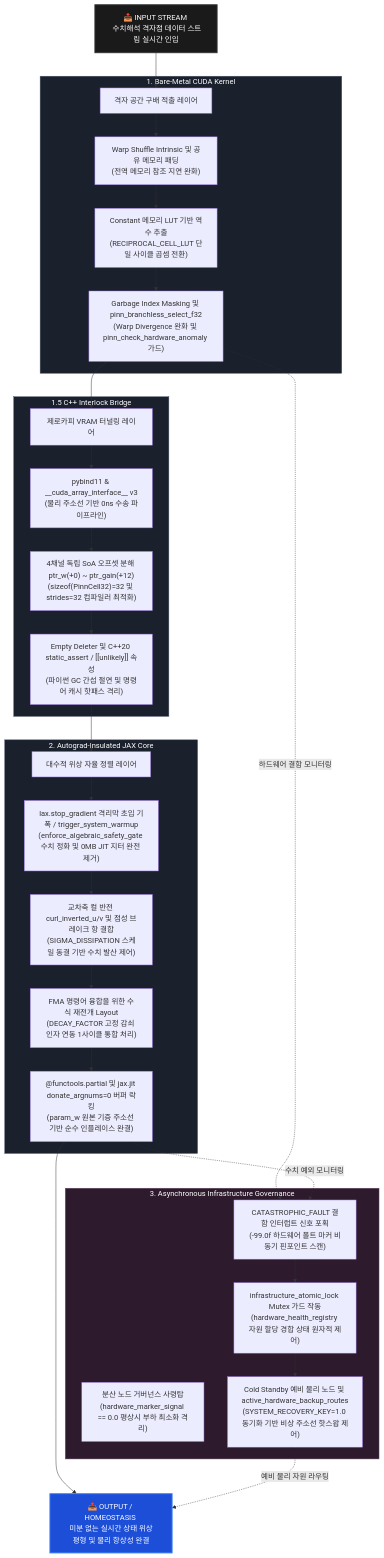
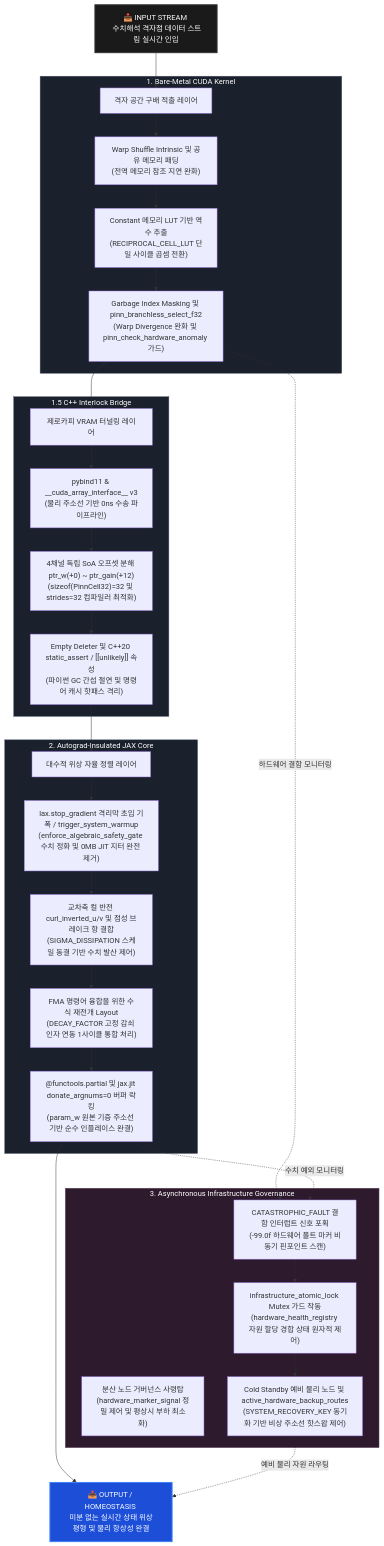
The diagram in README.md (PJHkorea/Forward_Only_Autograd_Free_PINN), drawn with Mermaid before and after one commit.

````diff
--- a/README.md
+++ b/README.md
@@ -99,65 +99,64 @@
 ```mermaid
 graph TD
     %% 스타일 정의
     classDef inputStyle fill:#1a1a1a,stroke:#333,stroke-width:2px,color:#fff;
     classDef layerStyle fill:#2d3748,stroke:#4a5568,stroke-width:1px,color:#fff;
     classDef alertStyle fill:#742a2a,stroke:#e53e3e,stroke-width:1px,color:#fff;
     classDef outputStyle fill:#1c4ed8,stroke:#3b82f6,stroke-width:2px,color:#fff;
 
     %% 노드 정의
     INPUT["📥 INPUT STREAM <br> 수치해석 격자점 데이터 스트림 실시간 인입"]:::inputStyle
 
-    subgraph L1 [1. Bare-Metal CUDA Kernel]
+    subgraph L1 ["1. Bare-Metal CUDA Kernel"]
         L1_Core["격자 공간 구배 적출 레이어"]
         L1_1["Warp Shuffle Intrinsic 및 공유 메모리 패딩<br>(전역 메모리 참조 지연 완화)"]
         L1_2["Constant 메모리 LUT 기반 역수 추출<br>(RECIPROCAL_CELL_LUT 단일 사이클 곱셈 전환)"]
         L1_3["Garbage Index Masking 및 pinn_branchless_select_f32<br>(Warp Divergence 완화 및 pinn_check_hardware_anomaly 가드)"]
     end
     style L1 fill:#1a202c,stroke:#4a5568,color:#fff
 
-    subgraph L15 [1.5 C++ Interlock Bridge]
+    subgraph L15 ["1.5 C++ Interlock Bridge"]
         L15_Core["제로카피 VRAM 터널링 레이어"]
         L15_1["pybind11 & __cuda_array_interface__ v3<br>(물리 주소선 기반 0ns 수송 파이프라인)"]
         L15_2["4채널 독립 SoA 오프셋 분해 ptr_w(+0) ~ ptr_gain(+12)<br>(sizeof(PinnCell32)=32 및 strides=32 컴파일러 최적화)"]
         L15_3["Empty Deleter 및 C++20 static_assert / [[unlikely]] 속성<br>(파이썬 GC 간섭 절연 및 명령어 캐시 핫패스 격리)"]
     end
     style L15 fill:#1a202c,stroke:#4a5568,color:#fff
 
-    subgraph L2 [2. Autograd-Insulated JAX Core]
+    subgraph L2 ["2. Autograd-Insulated JAX Core"]
         L2_Core["대수적 위상 자율 정렬 레이어"]
         L2_1["lax.stop_gradient 격리막 초입 기폭 / trigger_system_warmup<br>(enforce_algebraic_safety_gate 수치 정화 및 0MB JIT 지터 완전 제거)"]
         L2_2["교차축 컬 반전 curl_inverted_u/v 및 점성 브레이크 항 결합<br>(SIGMA_DISSIPATION 스케일 동결 기반 수치 발산 제어)"]
         L2_3["FMA 명령어 융합을 위한 수식 재전개 Layout<br>(DECAY_FACTOR 고정 감쇠 인자 연동 1사이클 통합 처리)"]
         L2_4["@functools.partial 및 jax.jit donate_argnums=0 버퍼 락킹<br>(param_w 원본 기증 주소선 기반 순수 인플레이스 완결)"]
     end
     style L2 fill:#1a202c,stroke:#4a5568,color:#fff
 
-    subgraph L3 [3. Asynchronous Infrastructure Governance]
-        L3_Core["분산 노드 거버넌스 사령탑<br>(hardware_marker_signal == 0.0 평상시 부하 최소화 격리)"]
+    subgraph L3 ["3. Asynchronous Infrastructure Governance"]
+        L3_Core["분산 노드 거버넌스 사령탑<br>(hardware_marker_signal 정밀 제어 및 평상시 부하 최소화)"]
         L3_1["CATASTROPHIC_FAULT 결함 인터럽트 신호 포획<br>(-99.0f 하드웨어 폴트 마커 비동기 핀포인트 스캔)"]
         L3_2["infrastructure_atomic_lock Mutex 가드 작동<br>(hardware_health_registry 자원 할당 경합 상태 원자적 제어)"]
-        L3_3["Cold Standby 예비 물리 노드 및 active_hardware_backup_routes<br>(SYSTEM_RECOVERY_KEY=1.0 동기화 기반 비상 주소선 핫스왑 제어)"]
+        L3_3["Cold Standby 예비 물리 노드 및 active_hardware_backup_routes<br>(SYSTEM_RECOVERY_KEY 동기화 기반 비상 주소선 핫스왑 제어)"]
     end
     style L3 fill:#2d1a2c,stroke:#684a65,color:#fff
 
     OUTPUT["📤 OUTPUT / HOMEOSTASIS <br> 미분 없는 실시간 상태 위상 평형 및 물리 항상성 완결"]:::outputStyle
 
     %% 연결선 정의
     INPUT --> L1_Core
     L1_Core --> L1_1 --> L1_2 --> L1_3
     L1_3 --> L15_Core
     L15_Core --> L15_1 --> L15_2 --> L15_3
     L15_3 --> L2_Core
     L2_Core --> L2_1 --> L2_2 --> L2_3 --> L2_4
     
     %% 제어 및 예외 흐름
-    L1_3 -. 하드웨어 결함 모니터링 .-> L3_1
-    L2_4 -. 수치 예외 모니터링 .-> L3_1
+    L1_3 -. "하드웨어 결함 모니터링" .-> L3_1
+    L2_4 -. "수치 예외 모니터링" .-> L3_1
     
     L3_1 --> L3_2 --> L3_3
     
     L2_4 --> OUTPUT
-    L3_3 -. 예비 물리 자원 라우팅 .-> OUTPUT
-
+    L3_3 -. "예비 물리 자원 라우팅" .-> OUTPUT
 
 ```
````
